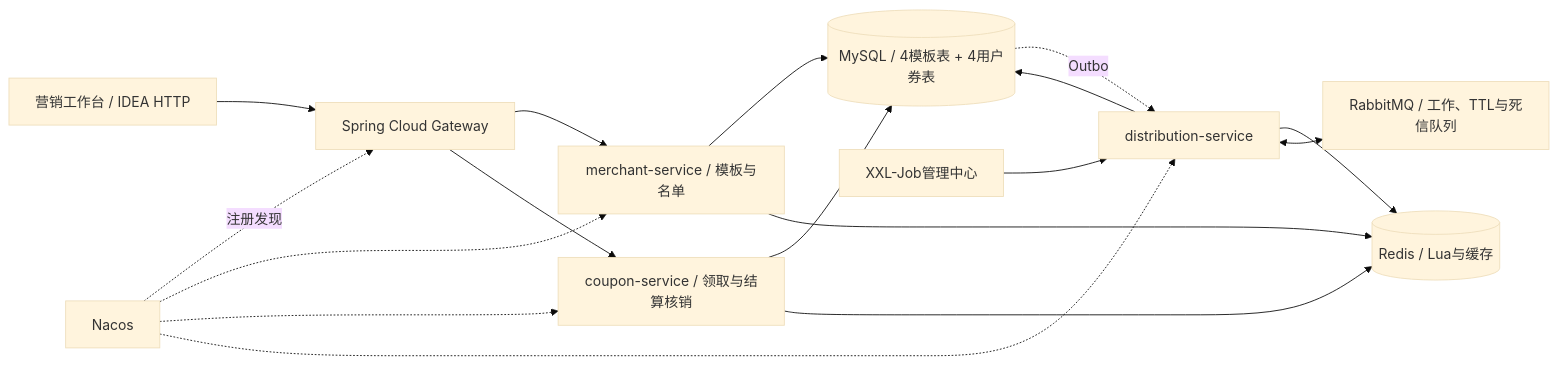
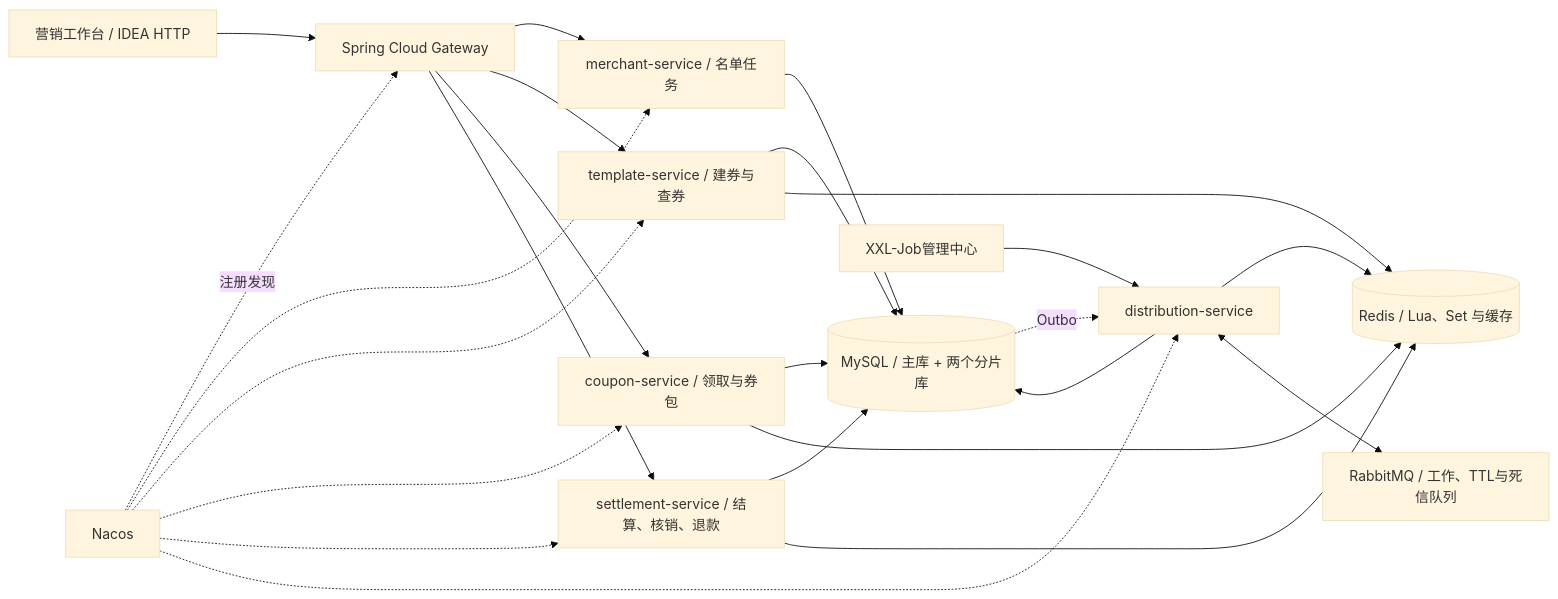
One commit to lipenglai0720/coupon-distribution changed the diagram in docs/architecture.md. Above: the diagram before and after it, drawn with Mermaid (base theme). The commit also changed other lines of this file and 26 other files, not shown here.

````diff
--- a/docs/architecture.md
+++ b/docs/architecture.md
@@ -3,19 +3,26 @@
 ```mermaid
 flowchart LR
   UI[营销工作台 / IDEA HTTP] --> GW[Spring Cloud Gateway]
-  GW --> M[merchant-service / 模板与名单]
-  GW --> C[coupon-service / 领取与结算核销]
+  GW --> M[merchant-service / 名单任务]
+  GW --> T[template-service / 建券与查券]
+  GW --> C[coupon-service / 领取与券包]
+  GW --> S[settlement-service / 结算、核销、退款]
   N[Nacos] -.注册发现.-> GW
   N -.-> M
+  N -.-> T
   N -.-> C
+  N -.-> S
   N -.-> W[distribution-service]
-  M --> DB[(MySQL / 4模板表 + 4用户券表)]
+  M --> DB[(MySQL / 主库 + 两个分片库)]
+  T --> DB
   C --> DB
-  M --> R[(Redis / Lua与缓存)]
+  S --> DB
+  T --> R[(Redis / Lua、Set 与缓存)]
   C --> R
+  S --> R
   W --> DB
   W --> R
   DB -.Outbox.-> W
   W <--> MQ[RabbitMQ / 工作、TTL与死信队列]
   X[XXL-Job管理中心] --> W
 ```
````
